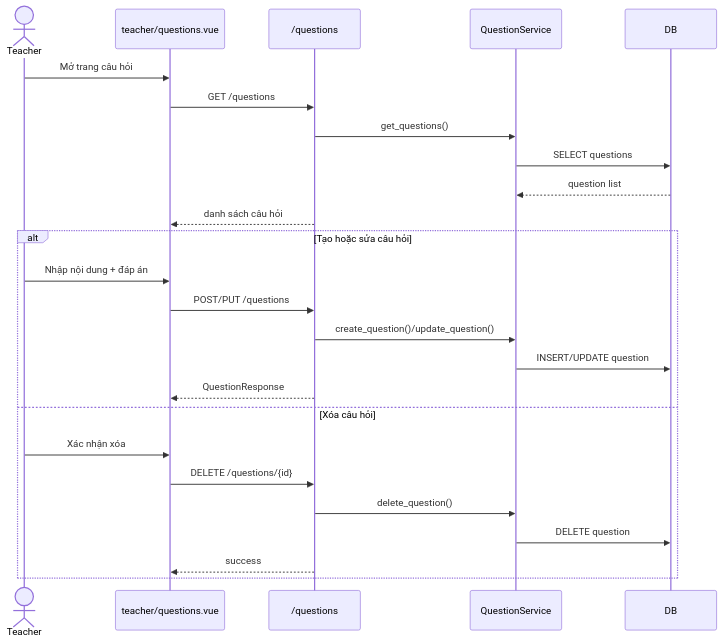
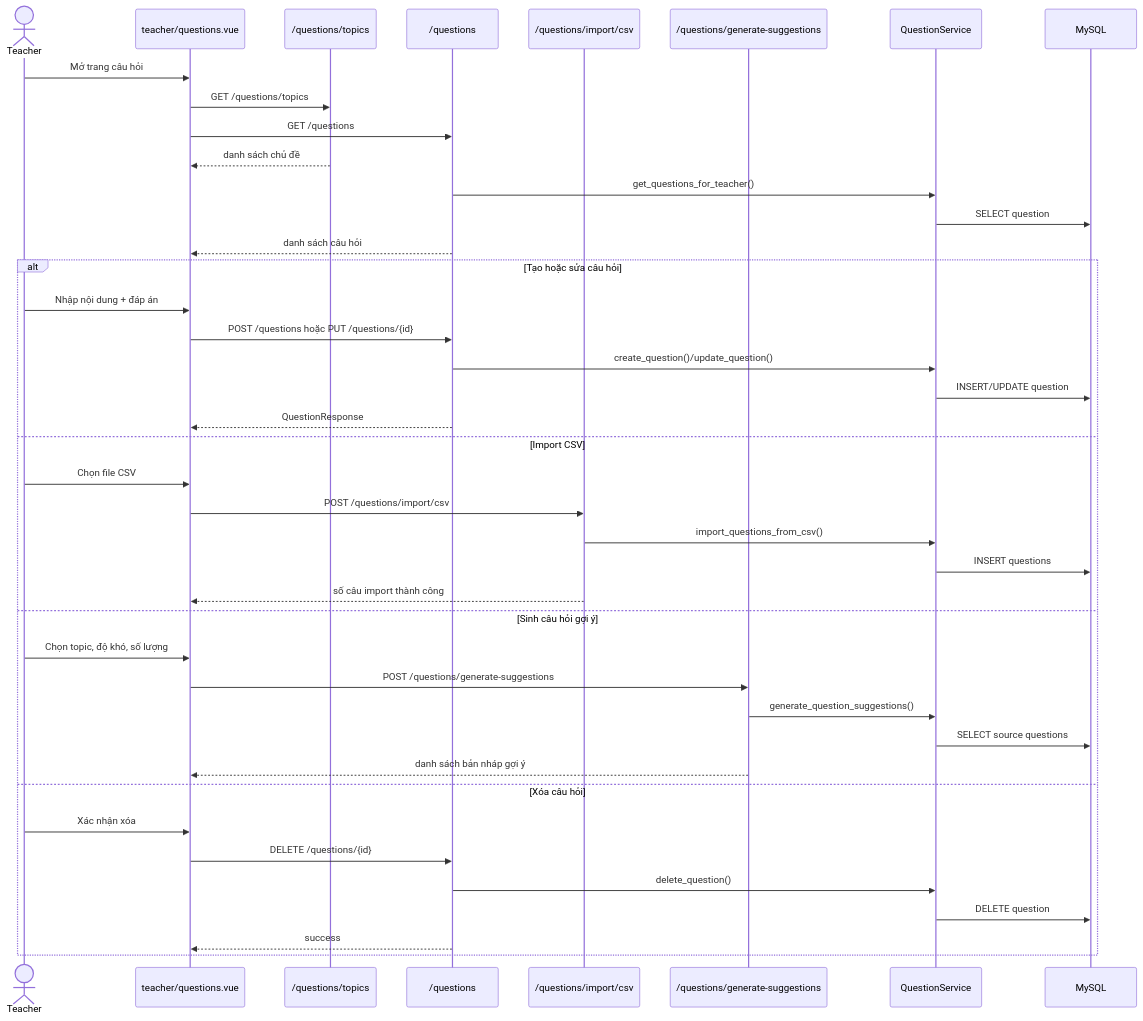
Before and after one commit to Tedomi2525/My_project: the tenth of 17 diagrams in docs/UML.md, drawn with Mermaid. The commit also changed other lines of this file and 15 other files, not shown here.

First line of the commit message:
Add new documentation files including class diagram and project report

````diff
--- a/docs/UML.md
+++ b/docs/UML.md
@@ -773,29 +705,45 @@
 ```mermaid
 sequenceDiagram
 actor Teacher
-participant QuestionPage as teacher/questions.vue
+participant Page as teacher/questions.vue
+participant TopicAPI as /questions/topics
 participant QuestionAPI as /questions
+participant ImportAPI as /questions/import/csv
+participant SuggestAPI as /questions/generate-suggestions
 participant QuestionService
-participant DB
+participant DB as MySQL
 
-Teacher->>QuestionPage: Mở trang câu hỏi
-QuestionPage->>QuestionAPI: GET /questions
-QuestionAPI->>QuestionService: get_questions()
-QuestionService->>DB: SELECT questions
-DB-->>QuestionService: question list
-QuestionAPI-->>QuestionPage: danh sách câu hỏi
+Teacher->>Page: Mở trang câu hỏi
+Page->>TopicAPI: GET /questions/topics
+Page->>QuestionAPI: GET /questions
+TopicAPI-->>Page: danh sách chủ đề
+QuestionAPI->>QuestionService: get_questions_for_teacher()
+QuestionService->>DB: SELECT question
+QuestionAPI-->>Page: danh sách câu hỏi
 
 alt Tạo hoặc sửa câu hỏi
-  Teacher->>QuestionPage: Nhập nội dung + đáp án
-  QuestionPage->>QuestionAPI: POST/PUT /questions
+  Teacher->>Page: Nhập nội dung + đáp án
+  Page->>QuestionAPI: POST /questions hoặc PUT /questions/{id}
   QuestionAPI->>QuestionService: create_question()/update_question()
   QuestionService->>DB: INSERT/UPDATE question
-  QuestionAPI-->>QuestionPage: QuestionResponse
+  QuestionAPI-->>Page: QuestionResponse
+else Import CSV
+  Teacher->>Page: Chọn file CSV
+  Page->>ImportAPI: POST /questions/import/csv
+  ImportAPI->>QuestionService: import_questions_from_csv()
+  QuestionService->>DB: INSERT questions
+  ImportAPI-->>Page: số câu import thành công
+else Sinh câu hỏi gợi ý
+  Teacher->>Page: Chọn topic, độ khó, số lượng
+  Page->>SuggestAPI: POST /questions/generate-suggestions
+  SuggestAPI->>QuestionService: generate_question_suggestions()
+  QuestionService->>DB: SELECT source questions
+  SuggestAPI-->>Page: danh sách bản nháp gợi ý
 else Xóa câu hỏi
-  Teacher->>QuestionPage: Xác nhận xóa
-  QuestionPage->>QuestionAPI: DELETE /questions/{id}
+  Teacher->>Page: Xác nhận xóa
+  Page->>QuestionAPI: DELETE /questions/{id}
   QuestionAPI->>QuestionService: delete_question()
   QuestionService->>DB: DELETE question
-  QuestionAPI-->>QuestionPage: success
+  QuestionAPI-->>Page: success
 end
 ```
````
